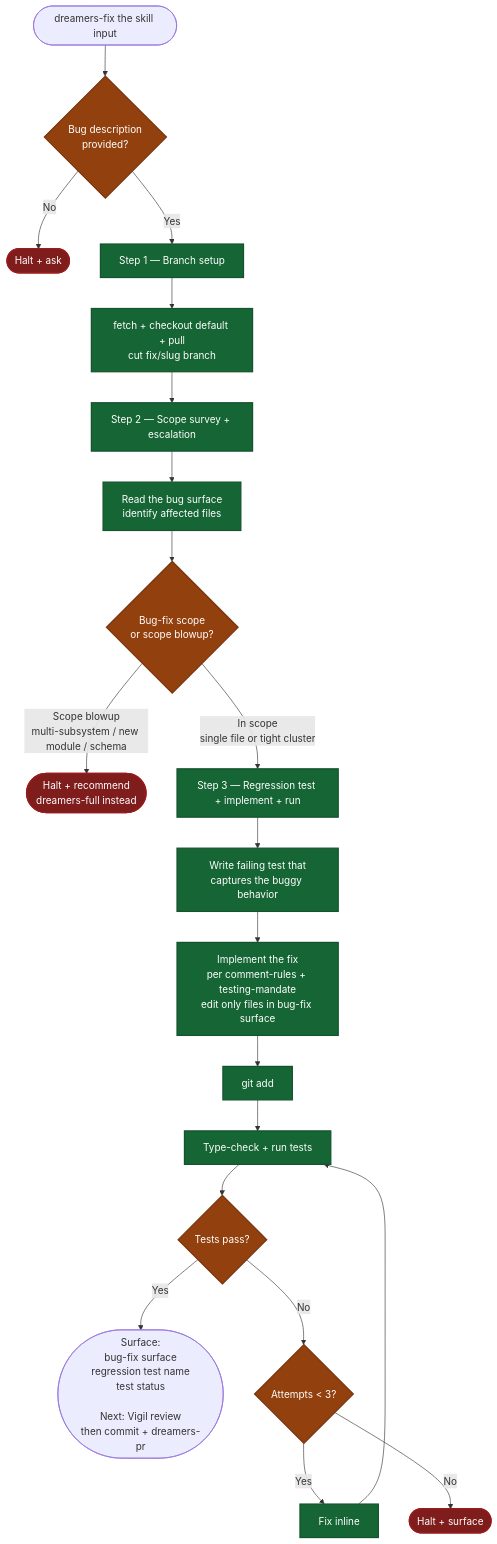
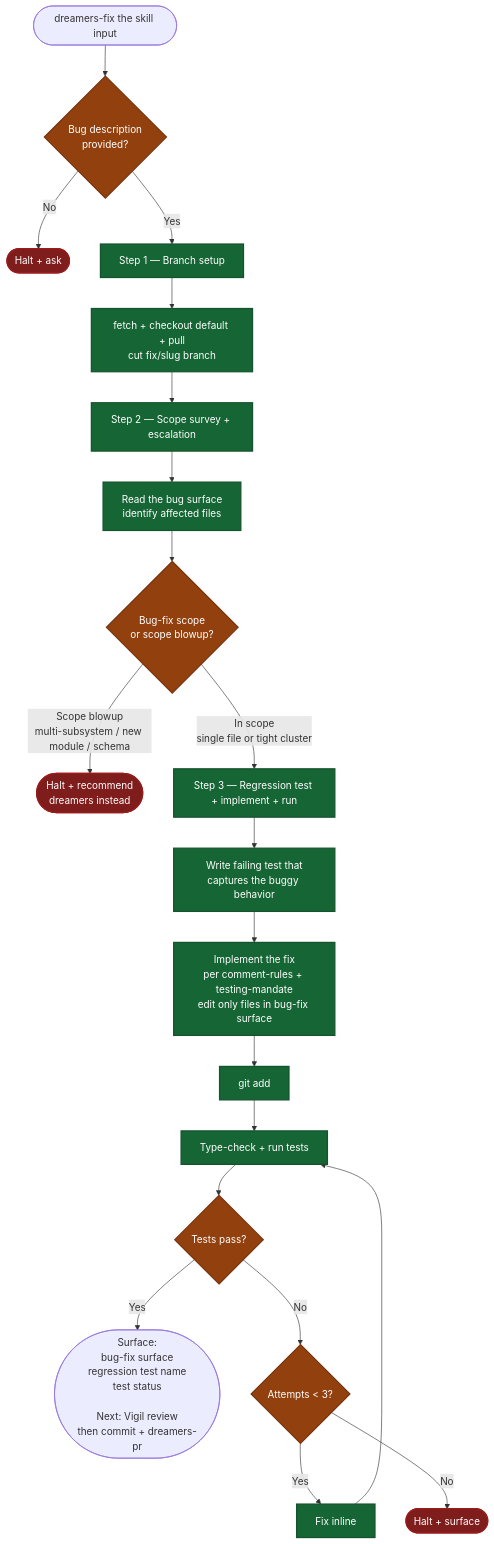
Before and after one commit to mrStorrs/dreamers-codex: the diagram in skills/dreamers-fix/readme.md, drawn with Mermaid. The commit also changed other lines of this file and 46 other files, not shown here.

````diff
--- a/skills/dreamers-fix/readme.md
+++ b/skills/dreamers-fix/readme.md
@@ -5,33 +5,33 @@
 ```mermaid
 flowchart TD
     Start(["dreamers-fix the skill input"]) --> ArgCheck{"Bug description<br/>provided?"}
     ArgCheck -->|No| HaltA(["Halt + ask"])
     ArgCheck -->|Yes| S1
 
     S1["Step 1 — Branch setup"] --> Branch["fetch + checkout default + pull<br/>cut fix/slug branch"]
     Branch --> S2
 
     S2["Step 2 — Scope survey + escalation"] --> Survey["Read the bug surface<br/>identify affected files"]
     Survey --> ScopeCheck{"Bug-fix scope<br/>or scope blowup?"}
-    ScopeCheck -->|"Scope blowup<br/>multi-subsystem / new module / schema"| HaltB(["Halt + recommend<br/>dreamers-full instead"])
+    ScopeCheck -->|"Scope blowup<br/>multi-subsystem / new module / schema"| HaltB(["Halt + recommend<br/>dreamers instead"])
     ScopeCheck -->|"In scope<br/>single file or tight cluster"| S3
 
     S3["Step 3 — Regression test + implement + run"] --> WriteTest["Write failing test that<br/>captures the buggy behavior"]
     WriteTest --> Implement["Implement the fix<br/>per comment-rules + testing-mandate<br/>edit only files in bug-fix surface"]
     Implement --> Stage["git add"]
     Stage --> RunTests["Type-check + run tests"]
     RunTests --> TestResult{"Tests pass?"}
     TestResult -->|Yes| End(["Surface:<br/>bug-fix surface<br/>regression test name<br/>test status<br/><br/>Next: Vigil review<br/>then commit + dreamers-pr"])
     TestResult -->|No| AttemptCheck{"Attempts < 3?"}
     AttemptCheck -->|Yes| FixInline["Fix inline"]
     FixInline --> RunTests
     AttemptCheck -->|No| HaltC(["Halt + surface"])
 
     classDef gate fill:#92400e,stroke:#78350f,stroke-width:2px,color:#fff
     classDef halt fill:#7f1d1d,stroke:#991b1b,stroke-width:2px,color:#fff
     classDef phase fill:#166534,stroke:#14532d,stroke-width:2px,color:#fff
 
     class ArgCheck,ScopeCheck,TestResult,AttemptCheck gate
     class HaltA,HaltB,HaltC halt
     class S1,S2,S3,Branch,Survey,WriteTest,Implement,Stage,RunTests,FixInline phase
 ```
````
